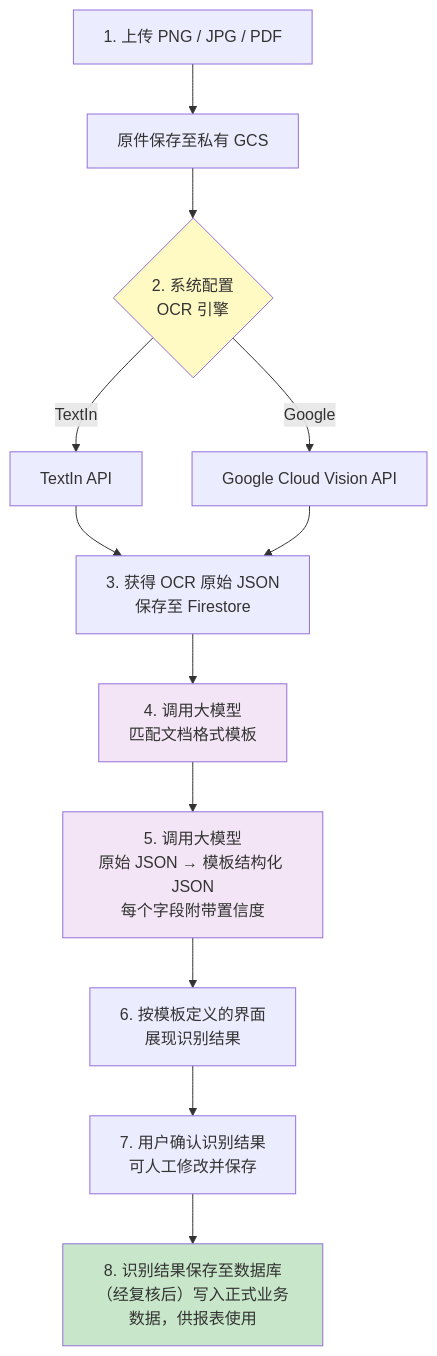
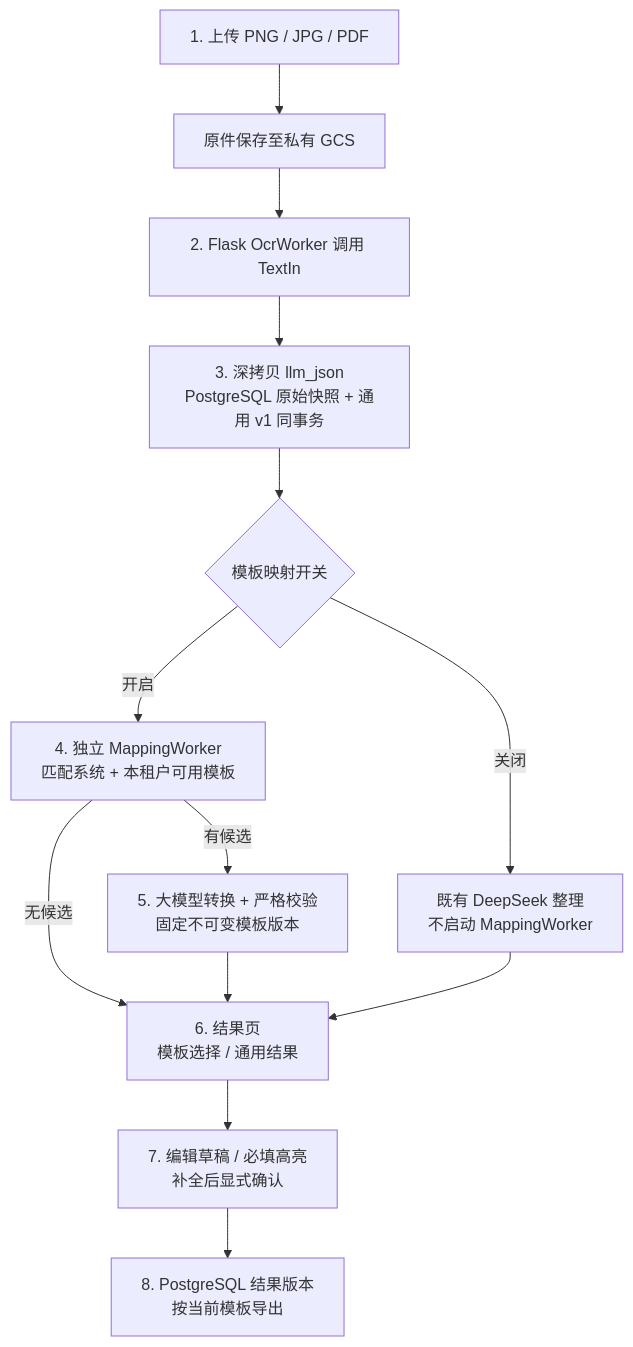
The second of 3 diagrams in docs/10-product/PRD-SaiFlow.md (aibaba-go/saiflow-monorepo), drawn with Mermaid before and after one commit. The commit also changed other lines of this file and 80 other files, not shown here.

````diff
--- a/docs/10-product/PRD-SaiFlow.md
+++ b/docs/10-product/PRD-SaiFlow.md
@@ -170,19 +172,15 @@
 ```mermaid
 flowchart TB
     U["1. 上传 PNG / JPG / PDF"] --> G["原件保存至私有 GCS"]
-    G --> E{"2. 系统配置<br>OCR 引擎"}
-    E -- TextIn --> T["TextIn API"]
-    E -- Google --> V["Google Cloud Vision API"]
-    T --> RAW["3. 获得 OCR 原始 JSON<br>保存至 Firestore"]
-    V --> RAW
-    RAW --> M["4. 调用大模型<br>匹配文档格式模板"]
-    M --> X["5. 调用大模型<br>原始 JSON → 模板结构化 JSON<br>每个字段附带置信度"]
-    X --> UI["6. 按模板定义的界面<br>展现识别结果"]
-    UI --> CF["7. 用户确认识别结果<br>可人工修改并保存"]
-    CF --> DB["8. 识别结果保存至数据库<br>（经复核后）写入正式业务数据，供报表使用"]
-
-    style E fill:#fff9c4
-    style M fill:#f3e5f5
-    style X fill:#f3e5f5
-    style DB fill:#c8e6c9
+    G --> T["2. Flask OcrWorker 调用 TextIn"]
+    T --> RAW["3. 深拷贝 llm_json<br>PostgreSQL 原始快照 + 通用 v1 同事务"]
+    RAW --> FLAG{"模板映射开关"}
+    FLAG -- 关闭 --> OLD["既有 DeepSeek 整理<br>不启动 MappingWorker"]
+    FLAG -- 开启 --> M["4. 独立 MappingWorker<br>匹配系统 + 本租户可用模板"]
+    M -- 有候选 --> X["5. 大模型转换 + 严格校验<br>固定不可变模板版本"]
+    M -- 无候选 --> UI["6. 结果页<br>模板选择 / 通用结果"]
+    X --> UI
+    OLD --> UI
+    UI --> CF["7. 编辑草稿 / 必填高亮<br>补全后显式确认"]
+    CF --> DB["8. PostgreSQL 结果版本<br>按当前模板导出"]
 ```
````
